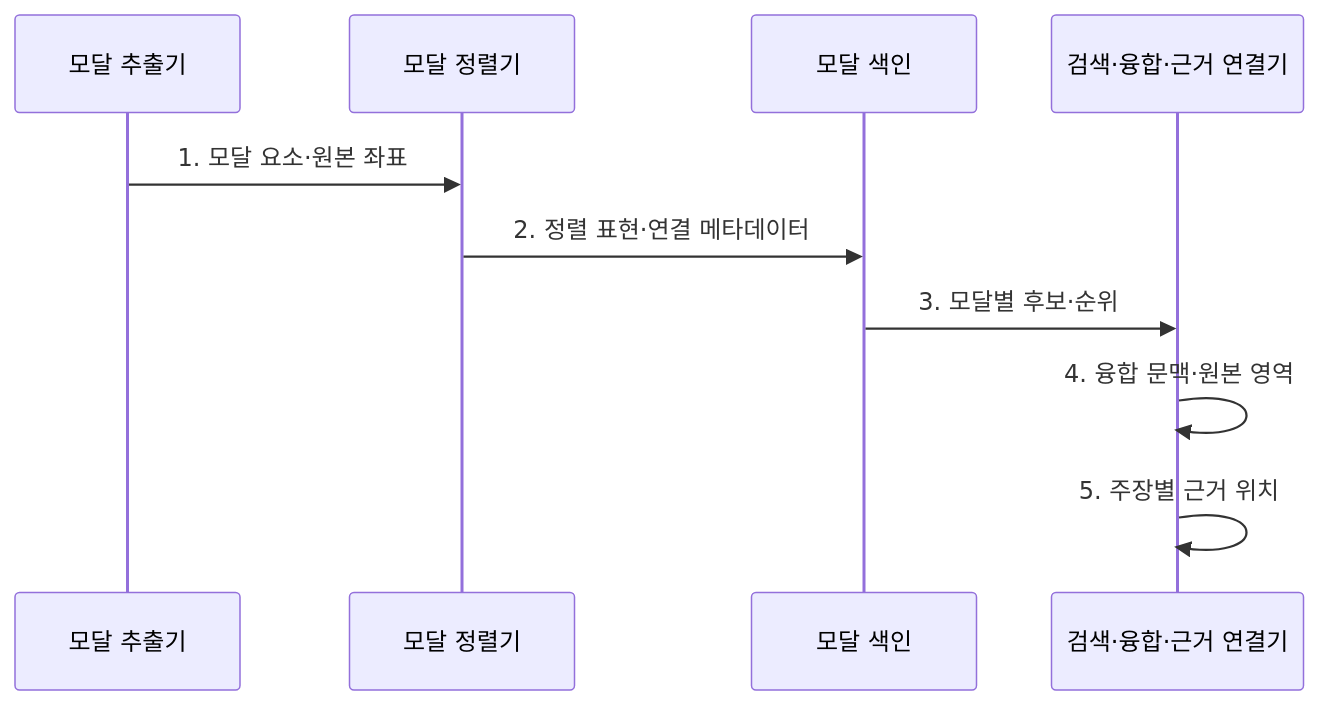
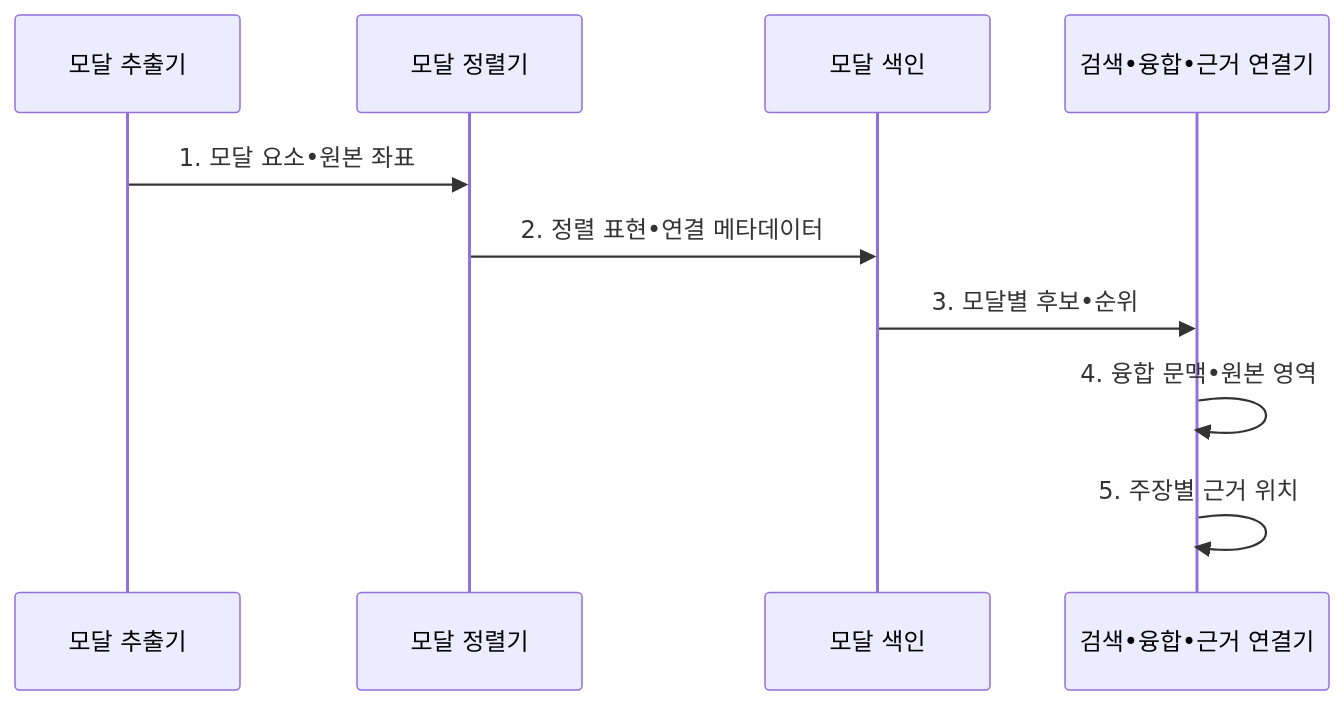
The second of 2 diagrams in src/content/docs/notes/08-latest-tech/092_multimodal_rag.md (agnusdei1207/knowledge-base), drawn with Mermaid before and after one commit. The commit also changed other lines of this file and 953 other files, not shown here.

````diff
--- a/src/content/docs/notes/08-latest-tech/092_multimodal_rag.md
+++ b/src/content/docs/notes/08-latest-tech/092_multimodal_rag.md
@@ -95,12 +95,12 @@
 ```mermaid
 sequenceDiagram
   participant X as 모달 추출기
   participant A as 모달 정렬기
   participant I as 모달 색인
-  participant R as 검색·융합·근거 연결기
-  X->>A: 1. 모달 요소·원본 좌표
-  A->>I: 2. 정렬 표현·연결 메타데이터
-  I->>R: 3. 모달별 후보·순위
-  R->>R: 4. 융합 문맥·원본 영역
+  participant R as 검색•융합•근거 연결기
+  X->>A: 1. 모달 요소•원본 좌표
+  A->>I: 2. 정렬 표현•연결 메타데이터
+  I->>R: 3. 모달별 후보•순위
+  R->>R: 4. 융합 문맥•원본 영역
   R->>R: 5. 주장별 근거 위치
 ```
````
